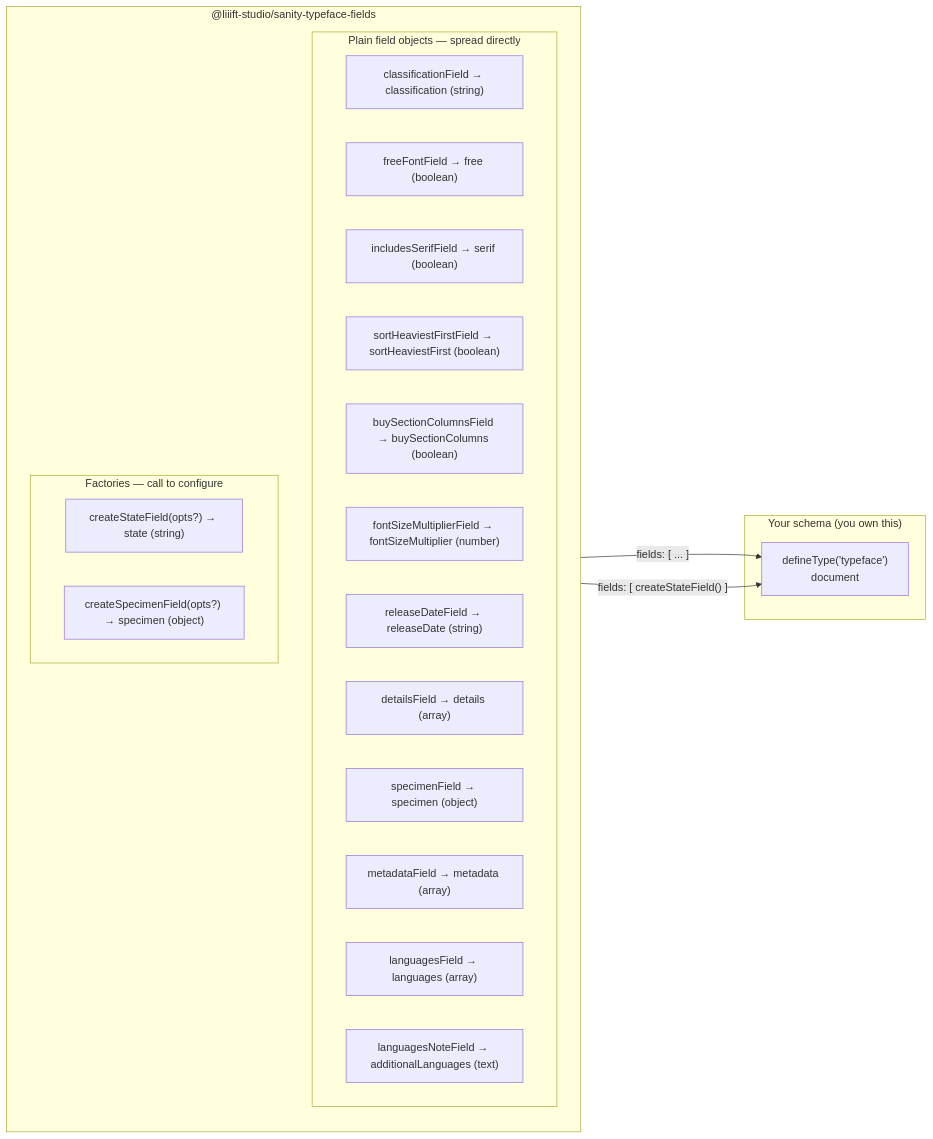
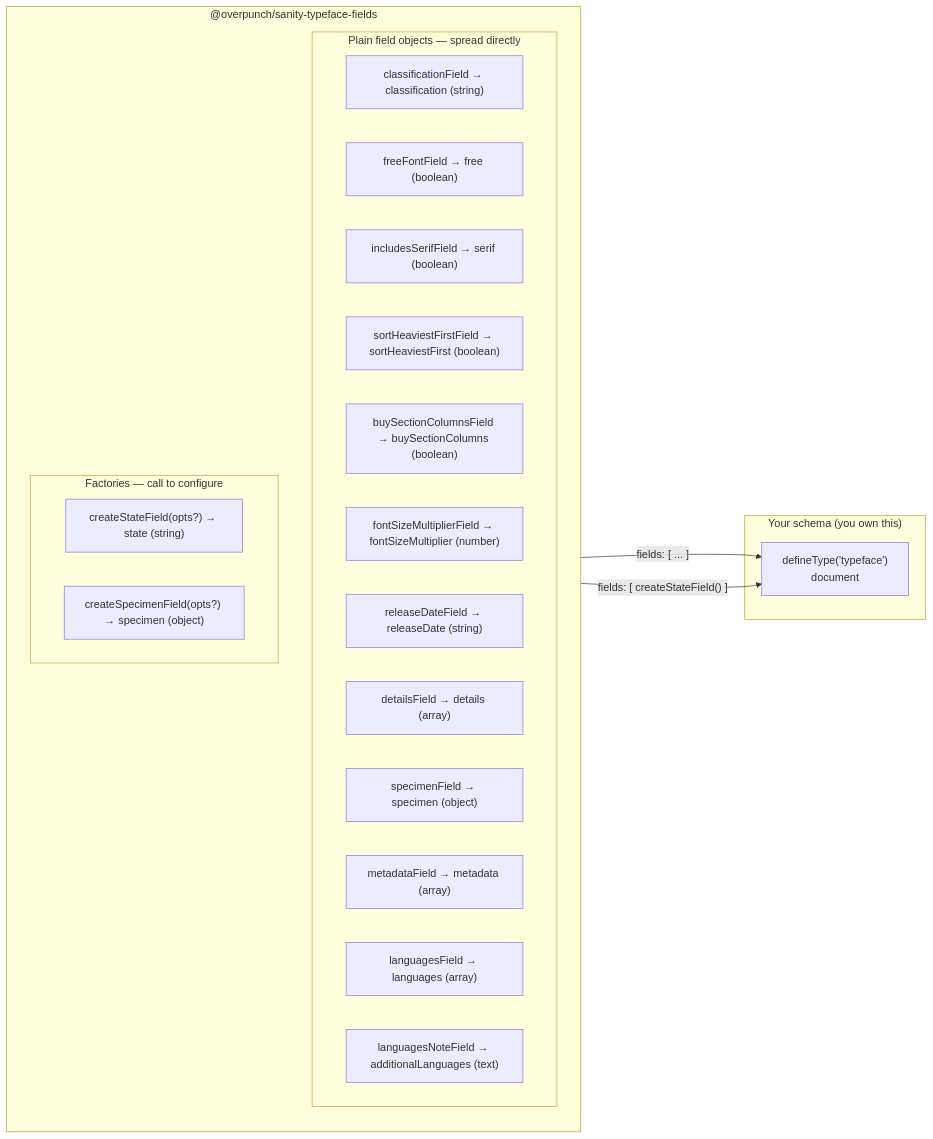
Before and after one commit to over-punch/sanity-typeface-fields: the diagram in README.md, drawn with Mermaid. The commit also changed other lines of this file and 1 other file, not shown here.

First line of the commit message:
Rename npm scope to @overpunch

````diff
--- a/README.md
+++ b/README.md
@@ -15,31 +15,31 @@
 ```mermaid
 flowchart LR
 	subgraph YOUR["Your schema (you own this)"]
 		DOC["defineType('typeface')\ndocument"]
 	end
 
-	subgraph PKG["@liiift-studio/sanity-typeface-fields"]
+	subgraph PKG["@overpunch/sanity-typeface-fields"]
 		direction TB
 		subgraph OBJ["Plain field objects — spread directly"]
 			F1["classificationField → classification (string)"]
 			F2["freeFontField → free (boolean)"]
 			F3["includesSerifField → serif (boolean)"]
 			F4["sortHeaviestFirstField → sortHeaviestFirst (boolean)"]
 			F5["buySectionColumnsField → buySectionColumns (boolean)"]
 			F6["fontSizeMultiplierField → fontSizeMultiplier (number)"]
 			F7["releaseDateField → releaseDate (string)"]
 			F8["detailsField → details (array)"]
 			F9["specimenField → specimen (object)"]
 			F10["metadataField → metadata (array)"]
 			F11["languagesField → languages (array)"]
 			F12["languagesNoteField → additionalLanguages (text)"]
 		end
 		subgraph FAC["Factories — call to configure"]
 			FA["createStateField(opts?) → state (string)"]
 			FB["createSpecimenField(opts?) → specimen (object)"]
 		end
 	end
 
 	OBJ -- "fields: [ ... ]" --> DOC
 	FAC -- "fields: [ createStateField() ]" --> DOC
 ```
````
